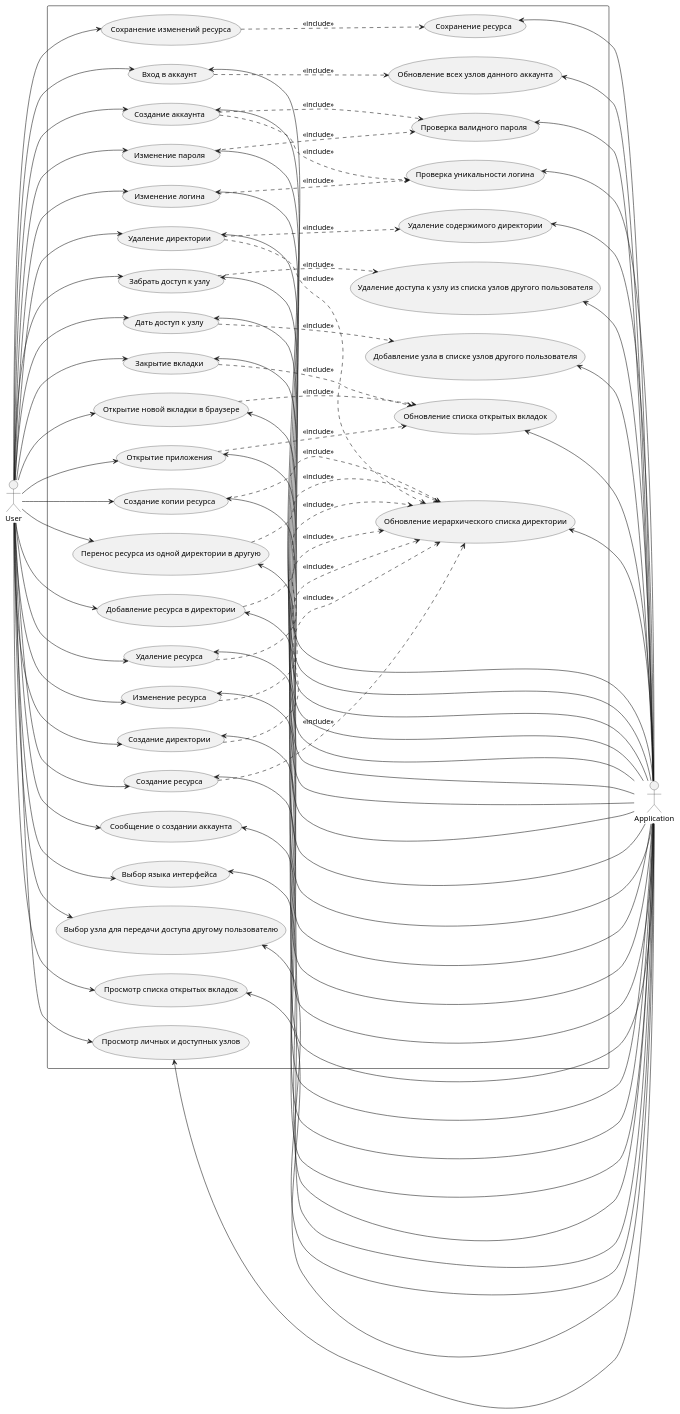
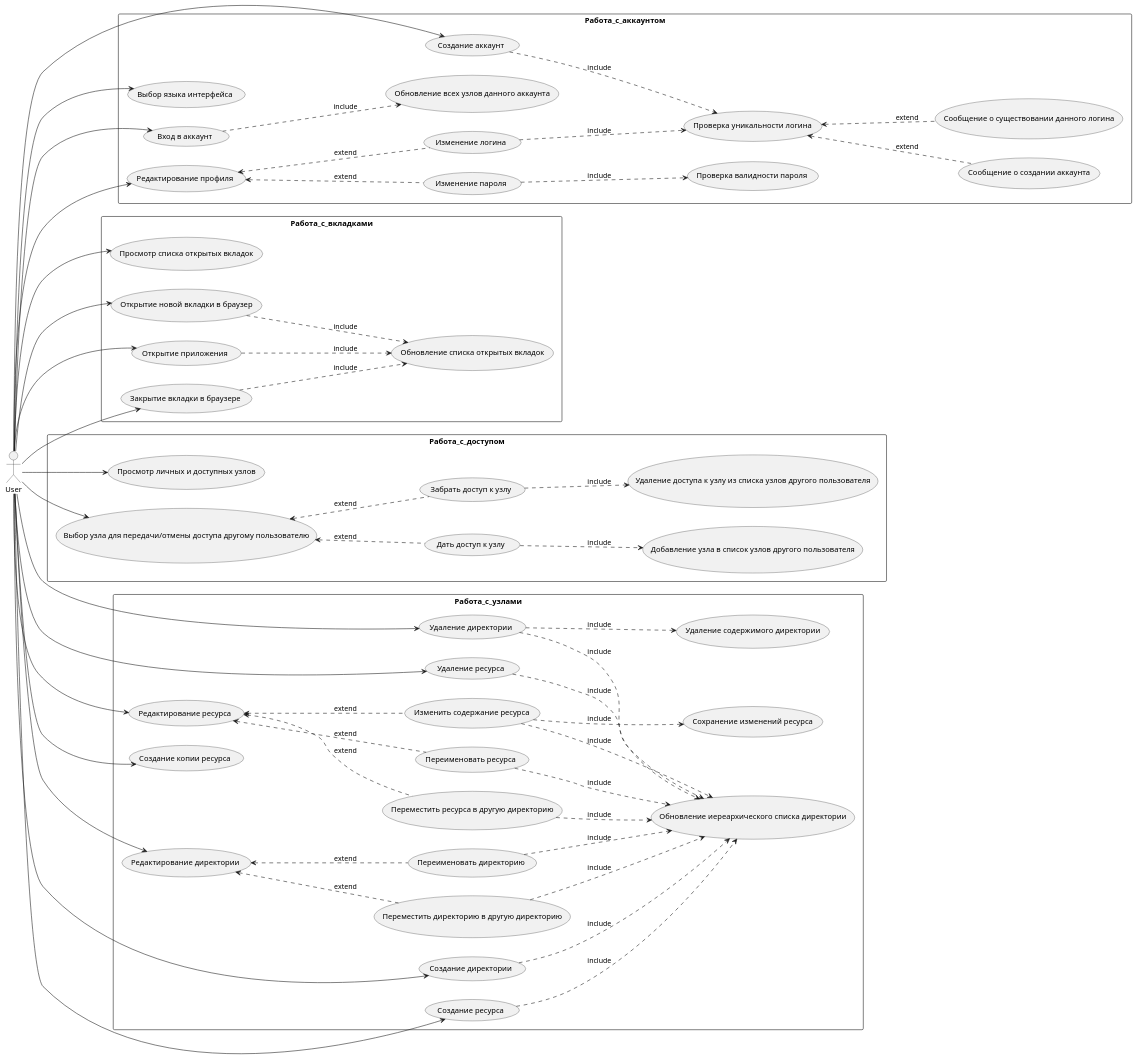
The diagram in 1. Исходные сведения/PlantUML/PlantUML Use Case.md (k-sannikov/links-arch), drawn with PlantUML before and after one commit. The commit also changed 1 other file, not shown here.

Commit message:
Разделил на области применения

````diff
--- a/1. Исходные сведения/PlantUML/PlantUML Use Case.md
+++ b/1. Исходные сведения/PlantUML/PlantUML Use Case.md
@@ -4,147 +4,124 @@
 @startuml
 
 :User: as User
-:Application: as Application
+
+	rectangle Работа_с_аккаунтом{
+		(Создание аккаунт) as Registr_acc
+		(Вход в аккаунт) as Enter_in_app 
+		(Проверка уникальности логина) as Login_done
+		(Сообщение о создании аккаунта) as Login_massage
+		(Сообщение о существовании данного логина) as Login_error_massage
+		(Обновление всех узлов данного аккаунта) as Reload_data
+
+		(Редактирование профиля) as Edit_profil 
+		(Изменение пароля) as Edit_password 
+		(Изменение логина) as Edit_login
+		(Проверка валидности пароля) as Check_password
+
+		 (Выбор языка интерфейса) as Language
+
+	}
+
+	rectangle Работа_с_узлами{
+		(Создание ресурса) as Create_resurs 
+		(Удаление ресурса) as Delete_resurs
+		(Редактирование ресурса) as Redact_resurs
+		(Переименовать ресурса) as Rename_resurs
+		(Изменить содержание ресурса) as Refile_resurs
+		(Переместить ресурса в другую директорию) as Relocate_resurs
+		(Обновление иереархического списка директории) as Reload_ier
+		(Сохранение изменений ресурса) as Save_resurs
+		(Создание копии ресурса) as Copy_resurs
+		
+		(Создание директории) as Create 
+		(Удаление директории) as Delete
+		(Редактирование директории) as Redact_dir
+		(Переименовать директорию) as Rename_dir
+		(Переместить директорию в другую директорию) as Relocate_dir
+		(Удаление содержимого директории) as Delete_include
+	}
 
 
+	rectangle Работа_с_вкладками{
+		(Открытие новой вкладки в браузер) as Open_link 
+		(Открытие приложения) as Open_app
+		(Закрытие вкладки в браузере) as Close_link
+		(Просмотр списка открытых вкладок) as Show_link
+		(Обновление списка открытых вкладок) as Refresh_link
+	}
 
-rectangle  {
+	rectangle Работа_с_доступом{
+		(Дать доступ к узлу) as Give_dostup 
+		(Выбор узла для передачи/отмены доступа другому пользователю) as Choice_dostup
+		(Забрать доступ к узлу) as Take_dostup
+		(Просмотр личных и доступных узлов) as Show_dostup
+		(Удаление доступа к узлу из списка узлов другого пользователя) as Delete_dostup
+		(Добавление узла в список узлов другого пользователя) as Add_file
+	}
 
-	(Создание директории) as Create 
-	(Обновление иерархического списка директории) as Update
-	(Удаление директории) as Delete
-	(Удаление содержимого директории) as Delete_include
-		
-	(Добавление ресурса в директории) as Add_folder
-	(Изменение ресурса) as Change_file
-	(Сохранение изменений ресурса) as Save_change_file
-	(Сохранение ресурса) as Save_file
-	
-	(Перенос ресурса из одной директории в другую) as Move_file_folder
-	
-	(Создание ресурса) as Create_note
-	
-	(Удаление ресурса) as Delete_note
-	
-	(Создание копии ресурса) as Double_note
-	
-	(Открытие приложения) as Open_app
-	(Обновление списка открытых вкладок) as Update_tab
-	(Просмотр списка открытых вкладок) as View_tab
-	(Открытие новой вкладки в браузере) as Open_tab
-	(Закрытие вкладки) as Close_tab
+	 Choice_dostup <.. Give_dostup : extend
+	 Choice_dostup <.. Take_dostup : extend
+	 Give_dostup ..> Add_file : include
+	 Take_dostup ..> Delete_dostup : include
 
-	(Выбор узла для передачи доступа другому пользователю) as Choice_aria
-	(Дать доступ к узлу) as Give_aria
-	(Добавление узла в списке узлов другого пользователя) as   Add_work_aria
+	 Open_link ..> Refresh_link : include
+	 Open_app ..> Refresh_link : include
+	 Close_link ..> Refresh_link : include
 
-	(Забрать доступ к узлу) as Take_aria
-	(Удаление доступа к узлу из списка узлов другого пользователя) as Delete_aria
+	 Enter_in_app ..> Reload_data : include
+	 Registr_acc ..> Login_done : include
+	 Login_done <.. Login_massage : extend
+	 Login_done <.. Login_error_massage : extend
 
-	(Выбор языка интерфейса) as Language
+	 Edit_profil <.. Edit_password : extend
+	 Edit_profil <.. Edit_login : extend
+	 Edit_password ..> Check_password : include
+	 Edit_login ..> Login_done : include
 
-	(Вход в аккаунт) as Come_in
-	(Обновление всех узлов данного аккаунта) as Update_accaunt
+	 Delete ..> Delete_include : include
+	 Redact_dir <.. Rename_dir : extend
+	 Redact_dir <.. Relocate_dir : extend
+	 Delete ..> Reload_ier : include
+	 Relocate_dir ..> Reload_ier : include
+	 Create ..> Reload_ier : include
+	 Rename_dir ..> Reload_ier : include
 
-	(Изменение пароля) as Change_pass
-	(Проверка валидного пароля) as Valid_pass
+	 Redact_resurs <.. Rename_resurs : extend
+	 Redact_resurs <.. Refile_resurs : extend
+	 Redact_resurs <.. Relocate_resurs : extend
+	 
+	 Rename_resurs ..> Reload_ier : include
+	 Refile_resurs ..> Reload_ier : include
+	 Relocate_resurs ..> Reload_ier : include
+	 Create_resurs ..> Reload_ier : include
+	 Delete_resurs ..> Reload_ier : include
 
-	(Изменение логина) as Change_login
-	(Проверка уникальности логина) as Correct_login
-
-	(Создание аккаунта) as Create_accaunt
-	(Сообщение о создании аккаунта) as Alert_accaunt
-	(Просмотр личных и доступных узлов) as View
-
-
-	Update <.up. Create : <<include>>
-	Update <.up. Delete : <<include>>
-	Delete_include <.up. Delete : <<include>>
-	Save_file <.up. Save_change_file : <<include>>
-	Update_tab <.up. Open_app : <<include>>
-	Update_tab <.up. Open_tab : <<include>>
-	Update_tab <.up. Close_tab : <<include>>
-	Add_work_aria <.up. Give_aria : <<include>>
-	Delete_aria <.up. Take_aria : <<include>>
-	Update_accaunt <.up. Come_in : <<include>>
-	Valid_pass <.up. Change_pass : <<include>>
-	Valid_pass <.up. Create_accaunt : <<include>>
-	Correct_login <.up. Change_login : <<include>>
-	Update <.up. Change_file : <<include>>
-	Update <.up. Double_note : <<include>>
-	Update <.up. Delete_note : <<include>>
-	Update <.up. Create_note : <<include>>
-	Update <.up. Add_folder : <<include>>
-	Update <.up. Move_file_folder : <<include>>
-	Correct_login <.up. Create_accaunt : <<include>>
-}
+	 Refile_resurs ..> Save_resurs : include
 
 left to right direction
-User -Down-> Create
-User -Down-> Delete
-User -Down-> View
-User -Down-> Add_folder
-User -Down-> Change_file
-User -Down-> Save_change_file
-User -Down-> Move_file_folder
-User -Down-> Create_note
-User -Down-> Delete_note
-User -Down-> Double_note
 
-User -Down-> Open_app
-User -Down-> View_tab
-User -Down-> Open_tab
-User -Down-> Close_tab
+User -d-> Create
+User -d-> Delete
+User -d-> Redact_dir
+User -d-> Language
 
-User -Down-> Choice_aria
-User -Down-> Give_aria
-User -Down-> Take_aria
+User -d-> Enter_in_app
+User -d-> Registr_acc
+User -d-> Edit_profil
 
-User -Down-> Language
+User -d-> Create_resurs
+User -d-> Delete_resurs
+User -d-> Redact_resurs
 
-User -Down-> Come_in
+User -d-> Copy_resurs
 
-User -Down-> Change_pass
+User -d-> Open_link
+User -d-> Open_app
+User -d-> Close_link
+User -d-> Show_link
 
-User -Down-> Change_login
-User -Down-> Alert_accaunt
-User -Down-> Create_accaunt
-
-
-Application -up-> Create
-Application -up-> View
-Application -up-> Update
-Application -up-> Delete
-Application -up-> Delete_include
-Application -up-> Add_folder
-Application -up-> Change_file
-Application -up-> Save_file
-Application -up-> Move_file_folder
-Application -up-> Create_note
-Application -up-> Delete_note
-Application -up-> Double_note
-Application -up-> Open_app
-Application -up-> Update_tab
-Application -up-> View_tab
-Application -up-> Open_tab
-Application -up-> Close_tab
-Application -up-> Choice_aria
-Application -up-> Give_aria
-
-Application -up-> Add_work_aria
-Application -up-> Take_aria
-Application -up-> Delete_aria
-Application -up-> Language
-
-Application -up-> Change_login
-Application -up-> Correct_login
-Application -up-> Create_accaunt
-Application -up-> Alert_accaunt
-
-Application -up-> Come_in
-Application -up-> Update_accaunt
-Application -up-> Change_pass
-Application -up-> Valid_pass
+User -d-> Choice_dostup
+User -d-> Show_dostup
 
 @enduml
 ```
````
